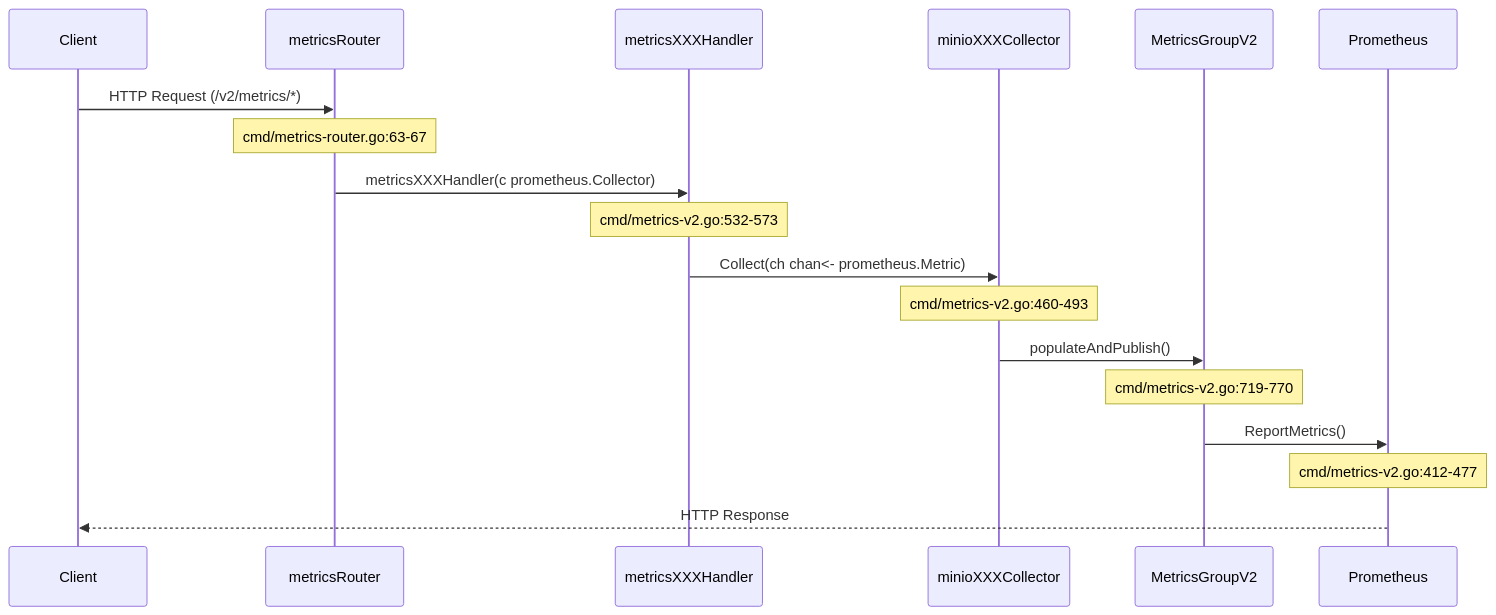
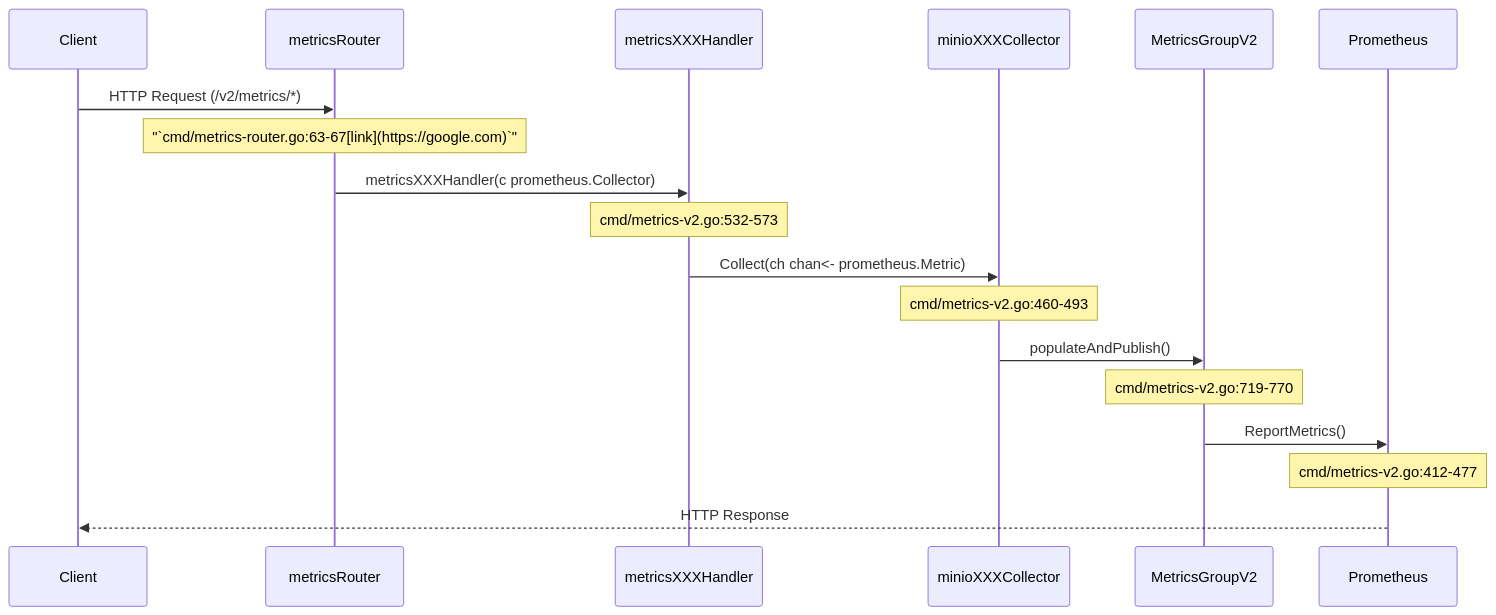
Before and after one commit to cquark/Minio_Code_Analysis: the diagram in temp/metric V2 sequence.mermaid, drawn with Mermaid.

Commit message:
Update metric V2 sequence.mermaid

```diff
--- a/temp/metric V2 sequence.mermaid
+++ b/temp/metric V2 sequence.mermaid
@@ -1,24 +1,24 @@
 sequenceDiagram
     participant Client
     participant Router as metricsRouter
     participant Handler as metricsXXXHandler
     participant Collector as minioXXXCollector
     participant Metrics as MetricsGroupV2
     participant Prometheus
 
     Client->>Router: HTTP Request (/v2/metrics/*)
-    Note over Router: cmd/metrics-router.go:63-67
+    Note over Router: "`cmd/metrics-router.go:63-67[link](https://google.com)`"
     
     Router->>Handler: metricsXXXHandler(c prometheus.Collector)
     Note over Handler: cmd/metrics-v2.go:532-573
     
     Handler->>Collector: Collect(ch chan<- prometheus.Metric)
     Note over Collector: cmd/metrics-v2.go:460-493
     
     Collector->>Metrics: populateAndPublish()
     Note over Metrics: cmd/metrics-v2.go:719-770
     
     Metrics->>Prometheus: ReportMetrics()
     Note over Prometheus: cmd/metrics-v2.go:412-477
     
     Prometheus-->>Client: HTTP Response
```
